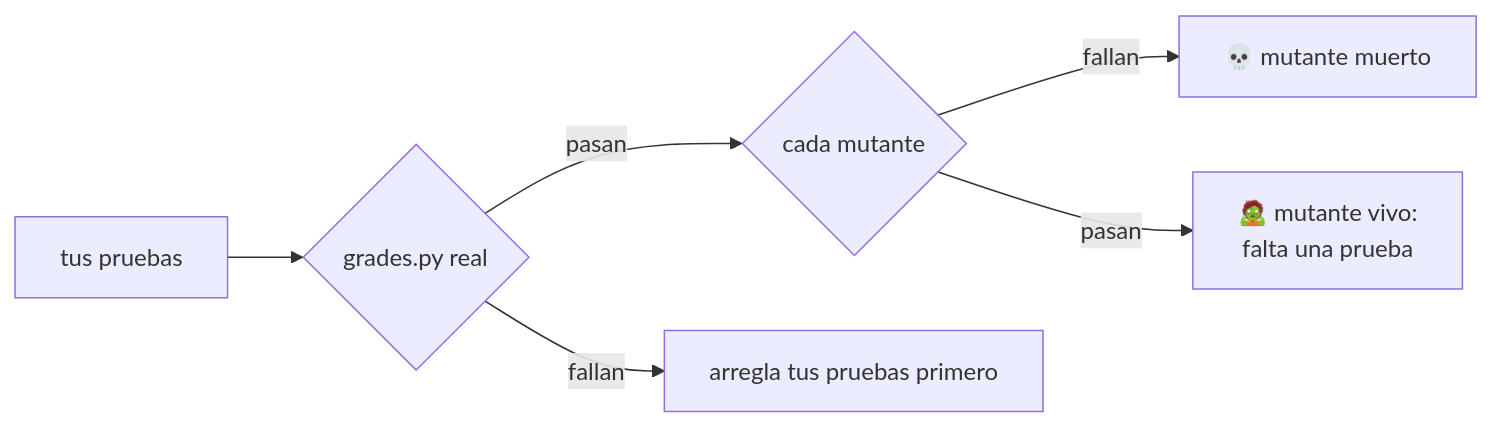
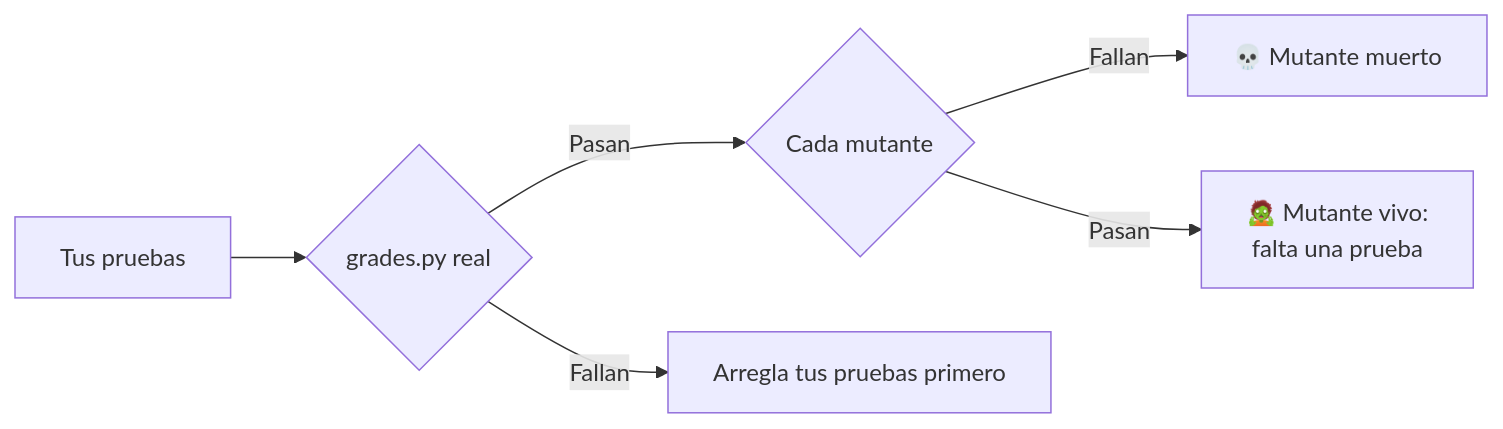
Before and after one commit to Chamba-Lab/pytest-lab: the diagram in labs/01-fundamentals/02-first-tests/README.md, drawn with Mermaid. The commit also changed 3 other files, not shown here.

Commit message:
docs(labs): capitalize diagram labels (#1)

````diff
--- a/labs/01-fundamentals/02-first-tests/README.md
+++ b/labs/01-fundamentals/02-first-tests/README.md
@@ -59,8 +59,8 @@
 ```mermaid
 flowchart LR
-    T[tus pruebas] --> R{grades.py real}
-    R -- pasan --> M{cada mutante}
-    R -- fallan --> X[arregla tus pruebas primero]
-    M -- fallan --> K[💀 mutante muerto]
-    M -- pasan --> S[🧟 mutante vivo:<br/>falta una prueba]
+    T[Tus pruebas] --> R{grades.py real}
+    R -- Pasan --> M{Cada mutante}
+    R -- Fallan --> X[Arregla tus pruebas primero]
+    M -- Fallan --> K[💀 Mutante muerto]
+    M -- Pasan --> S[🧟 Mutante vivo:<br/>falta una prueba]
 ```
````
